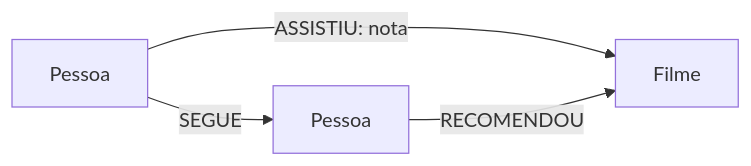
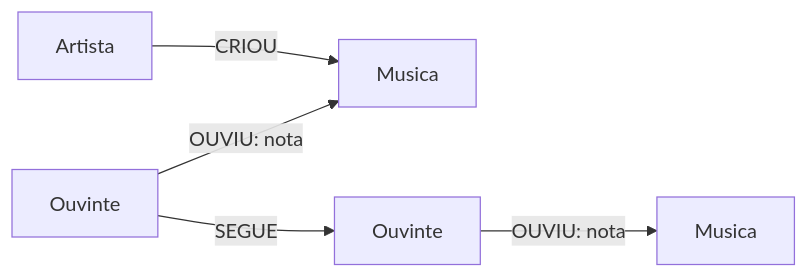
The diagram in desafio-neo4j-dio/README.md (leoo-tech/cyber-repo), drawn with Mermaid before and after one commit. The commit also changed other lines of this file, not shown here.

````diff
--- a/desafio-neo4j-dio/README.md
+++ b/desafio-neo4j-dio/README.md
@@ -19,6 +17,7 @@
 ```mermaid
 graph LR
-  P1[Pessoa] -->|ASSISTIU: nota| F[Filme]
-  P1 -->|SEGUE| P2[Pessoa]
-  P2 -->|RECOMENDOU| F
+  O1[Ouvinte] -->|OUVIU: nota| M[Musica]
+  A[Artista] -->|CRIOU| M
+  O1 -->|SEGUE| O2[Ouvinte]
+  O2 -->|OUVIU: nota| M2[Musica]
 ```
````
